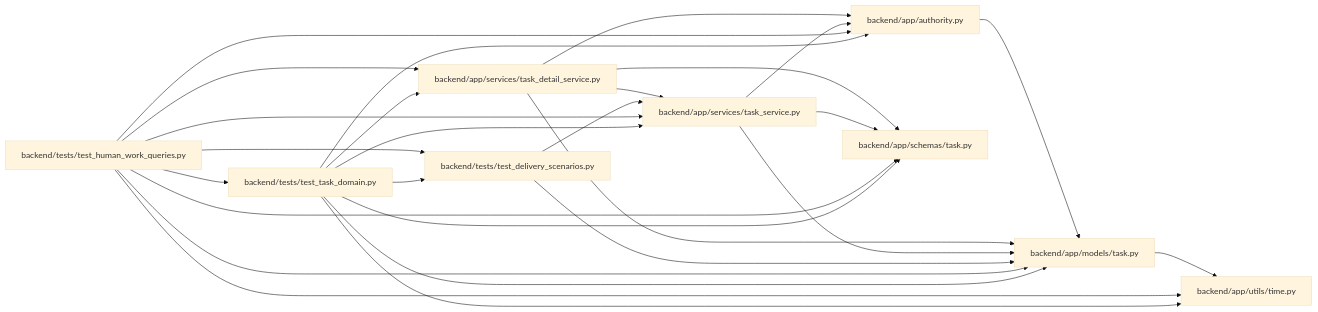
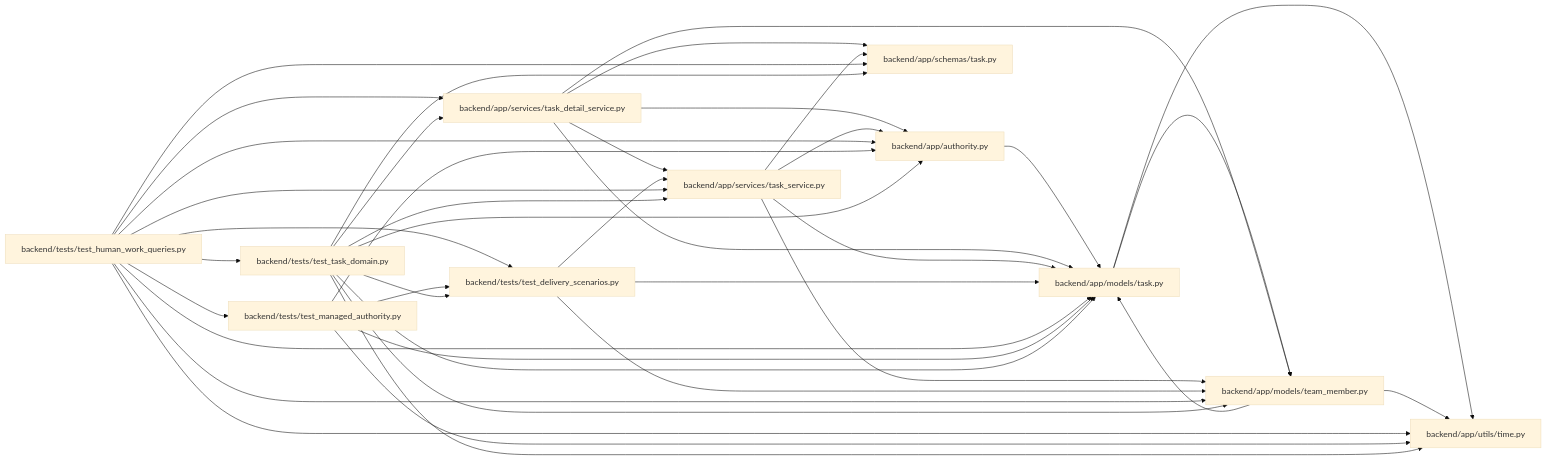
The diagram in docs/llm_wiki/modules/test_human_work_queries.md (Denissvgn/WorkChord), drawn with Mermaid (base theme) before and after one commit. The commit also changed other lines of this file and 642 other files, not shown here.

````diff
--- a/docs/llm_wiki/modules/test_human_work_queries.md
+++ b/docs/llm_wiki/modules/test_human_work_queries.md
@@ -26,47 +28,64 @@
 ```mermaid
 flowchart LR
     n0["backend/app/authority.py"]
     n1["backend/app/models/task.py"]
-    n2["backend/app/schemas/task.py"]
-    n3["backend/app/services/task_detail_service.py"]
-    n4["backend/app/services/task_service.py"]
-    n5["backend/app/utils/time.py"]
-    n6["backend/tests/test_delivery_scenarios.py"]
-    n7["backend/tests/test_human_work_queries.py"]
-    n8["backend/tests/test_task_domain.py"]
+    n2["backend/app/models/team_member.py"]
+    n3["backend/app/schemas/task.py"]
+    n4["backend/app/services/task_detail_service.py"]
+    n5["backend/app/services/task_service.py"]
+    n6["backend/app/utils/time.py"]
+    n7["backend/tests/test_delivery_scenarios.py"]
+    n8["backend/tests/test_human_work_queries.py"]
+    n9["backend/tests/test_managed_authority.py"]
+    n10["backend/tests/test_task_domain.py"]
     n0 --> n1
-    n1 --> n5
-    n3 --> n0
-    n3 --> n1
-    n3 --> n2
-    n3 --> n4
+    n1 --> n2
+    n1 --> n6
+    n2 --> n1
+    n2 --> n6
     n4 --> n0
     n4 --> n1
     n4 --> n2
-    n6 --> n1
-    n6 --> n4
-    n7 --> n0
+    n4 --> n3
+    n4 --> n5
+    n5 --> n0
+    n5 --> n1
+    n5 --> n2
+    n5 --> n3
     n7 --> n1
     n7 --> n2
-    n7 --> n3
-    n7 --> n4
     n7 --> n5
-    n7 --> n6
-    n7 --> n8
     n8 --> n0
     n8 --> n1
     n8 --> n2
     n8 --> n3
     n8 --> n4
     n8 --> n5
     n8 --> n6
+    n8 --> n7
+    n8 --> n9
+    n8 --> n10
+    n9 --> n0
+    n9 --> n1
+    n9 --> n6
+    n9 --> n7
+    n10 --> n0
+    n10 --> n1
+    n10 --> n2
+    n10 --> n3
+    n10 --> n4
+    n10 --> n5
+    n10 --> n6
+    n10 --> n7
     click n0 "../modules/authority.md"
     click n1 "../modules/models_task.md"
-    click n2 "../modules/schemas_task.md"
-    click n3 "../modules/task_detail_service.md"
-    click n4 "../modules/task_service.md"
-    click n5 "../modules/time.md"
-    click n6 "../modules/test_delivery_scenarios.md"
-    click n7 "../modules/test_human_work_queries.md"
-    click n8 "../modules/test_task_domain.md"
+    click n2 "../modules/team_member.md"
+    click n3 "../modules/schemas_task.md"
+    click n4 "../modules/task_detail_service.md"
+    click n5 "../modules/task_service.md"
+    click n6 "../modules/time.md"
+    click n7 "../modules/test_delivery_scenarios.md"
+    click n8 "../modules/test_human_work_queries.md"
+    click n9 "../modules/test_managed_authority.md"
+    click n10 "../modules/test_task_domain.md"
 ```
````
